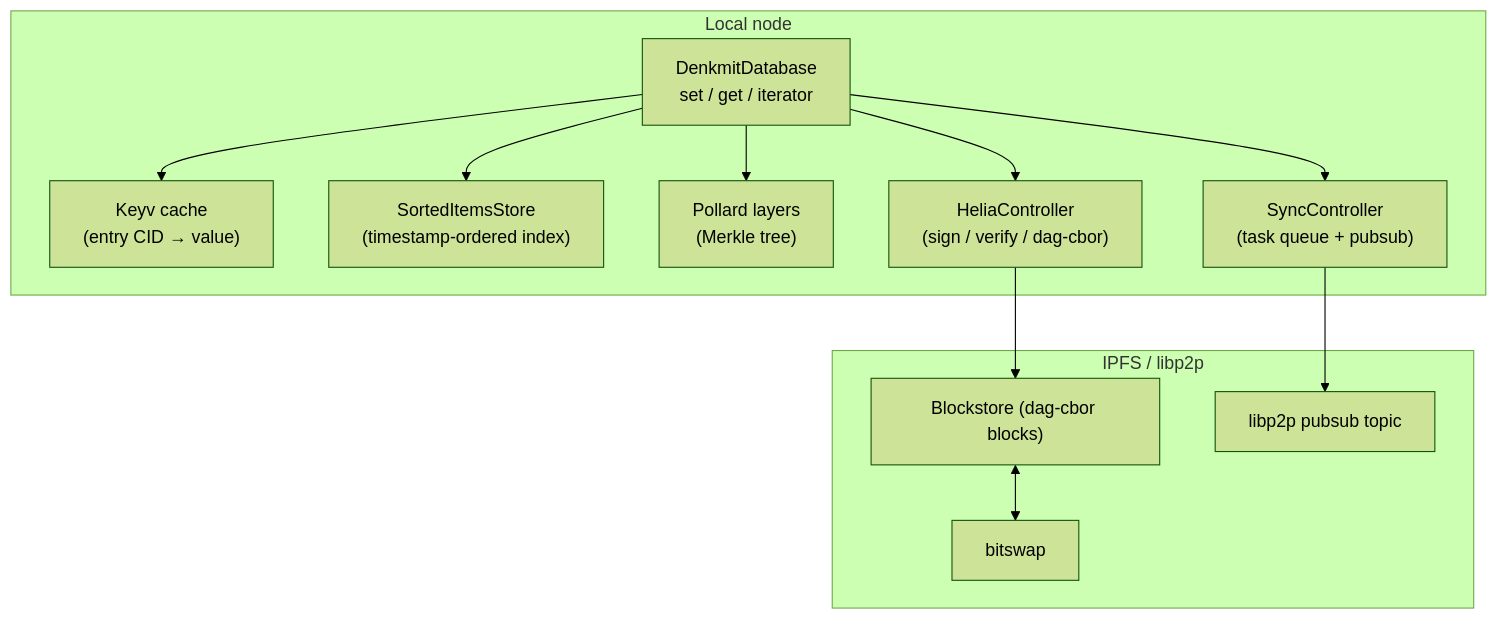
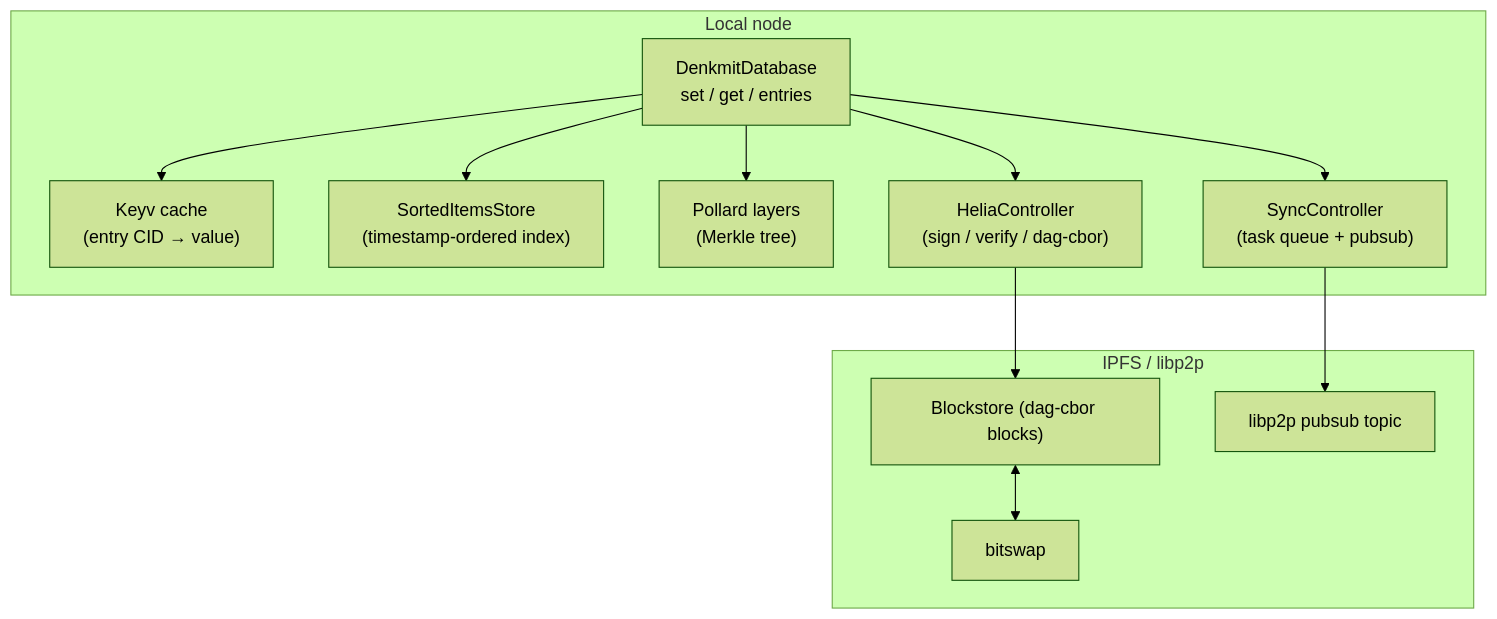
The first of 3 diagrams in ARCHITECTURE.md (denkmitdb/denkmitdb), drawn with Mermaid (forest theme) before and after one commit. The commit also changed other lines of this file and 20 other files, not shown here.

````diff
--- a/ARCHITECTURE.md
+++ b/ARCHITECTURE.md
@@ -13,24 +13,24 @@
 ```mermaid
 flowchart TB
     subgraph Node["Local node"]
-        API["DenkmitDatabase<br/>set / get / iterator"]
+        API["DenkmitDatabase<br/>set / get / entries"]
         KV["Keyv cache<br/>(entry CID → value)"]
         SIS["SortedItemsStore<br/>(timestamp-ordered index)"]
         Layers["Pollard layers<br/>(Merkle tree)"]
         Sync["SyncController<br/>(task queue + pubsub)"]
         HC["HeliaController<br/>(sign / verify / dag-cbor)"]
     end
     subgraph IPFS["IPFS / libp2p"]
         Blocks["Blockstore (dag-cbor blocks)"]
         PubSub["libp2p pubsub topic"]
         Bitswap["bitswap"]
     end
     API --> KV
     API --> SIS
     API --> Layers
     API --> Sync
     API --> HC
     HC --> Blocks
     Sync --> PubSub
     Blocks <--> Bitswap
 ```
````
